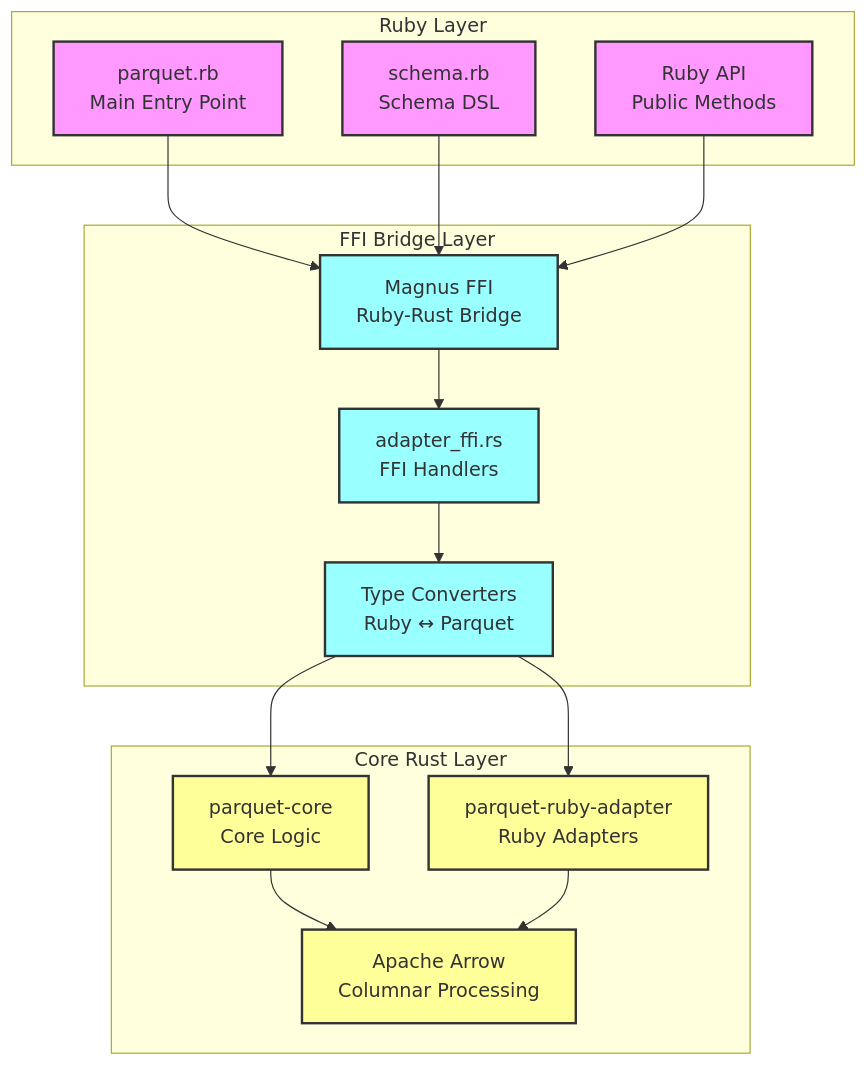
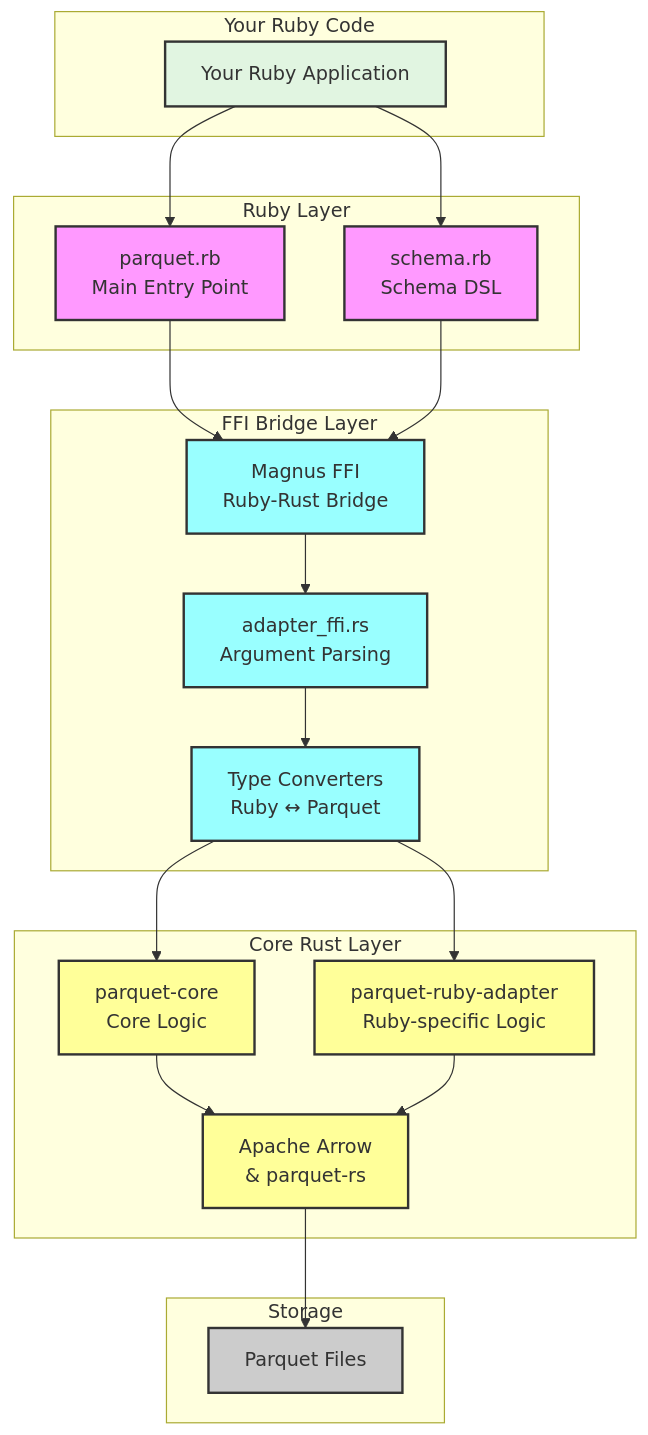
One commit to njaremko/parquet-ruby changed the first of 6 diagrams in ARCH.md. Above: the diagram before and after it, drawn with Mermaid. The commit also changed other lines of this file and 1 other file, not shown here.

````diff
--- a/ARCH.md
+++ b/ARCH.md
@@ -47,40 +84,50 @@
 ```mermaid
 graph TB
+    subgraph "Your Ruby Code"
+        USER[Your Ruby Application]
+    end
+
     subgraph "Ruby Layer"
         A[parquet.rb<br/>Main Entry Point]
         B[schema.rb<br/>Schema DSL]
-        C[Ruby API<br/>Public Methods]
     end
 
     subgraph "FFI Bridge Layer"
         D[Magnus FFI<br/>Ruby-Rust Bridge]
-        E[adapter_ffi.rs<br/>FFI Handlers]
+        E[adapter_ffi.rs<br/>Argument Parsing]
         F[Type Converters<br/>Ruby ↔ Parquet]
     end
 
     subgraph "Core Rust Layer"
         G[parquet-core<br/>Core Logic]
-        H[parquet-ruby-adapter<br/>Ruby Adapters]
-        I[Apache Arrow<br/>Columnar Processing]
+        H[parquet-ruby-adapter<br/>Ruby-specific Logic]
+        I[Apache Arrow<br/>& parquet-rs]
     end
 
+    subgraph "Storage"
+        FILE[Parquet Files]
+    end
+
+    USER --> A
+    USER --> B
     A --> D
     B --> D
-    C --> D
     D --> E
     E --> F
     F --> G
     F --> H
     G --> I
     H --> I
+    I --> FILE
 
+    style USER fill:#e1f5e1,stroke:#333,stroke-width:2px
     style A fill:#f9f,stroke:#333,stroke-width:2px
     style B fill:#f9f,stroke:#333,stroke-width:2px
-    style C fill:#f9f,stroke:#333,stroke-width:2px
     style D fill:#9ff,stroke:#333,stroke-width:2px
     style E fill:#9ff,stroke:#333,stroke-width:2px
     style F fill:#9ff,stroke:#333,stroke-width:2px
     style G fill:#ff9,stroke:#333,stroke-width:2px
     style H fill:#ff9,stroke:#333,stroke-width:2px
     style I fill:#ff9,stroke:#333,stroke-width:2px
+    style FILE fill:#ccc,stroke:#333,stroke-width:2px
 ```
````
